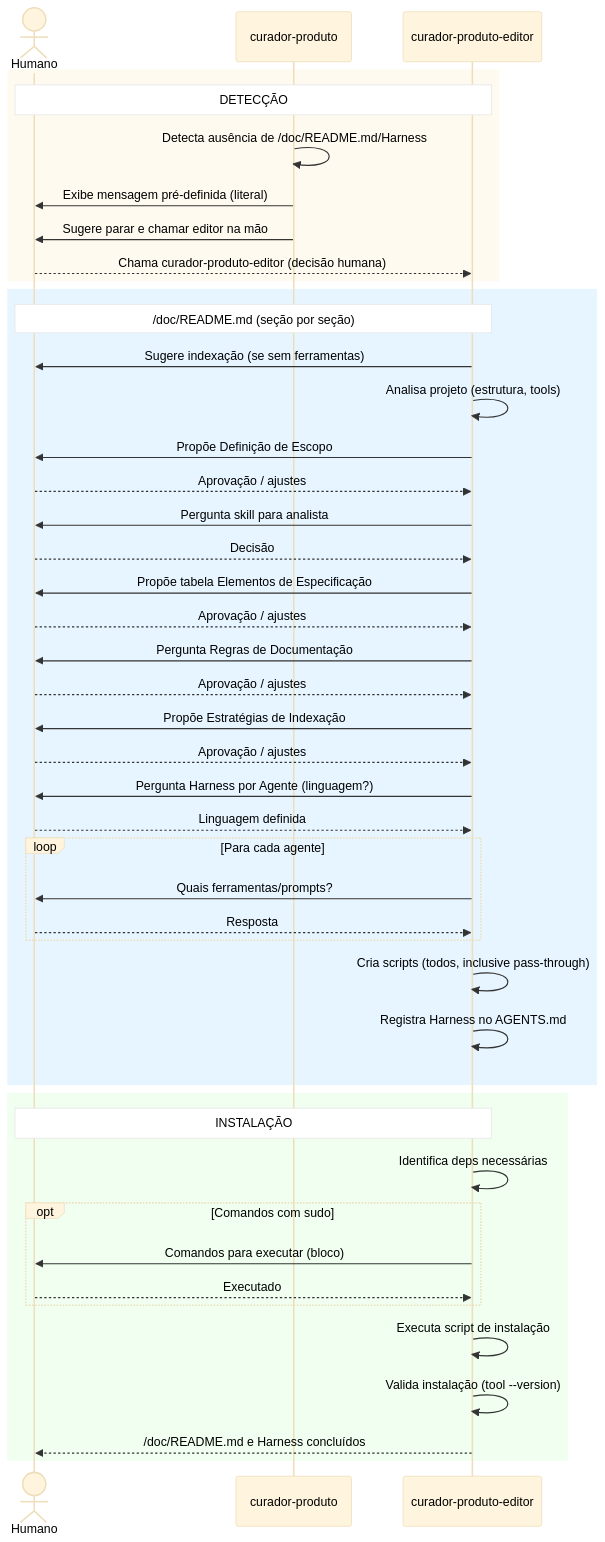
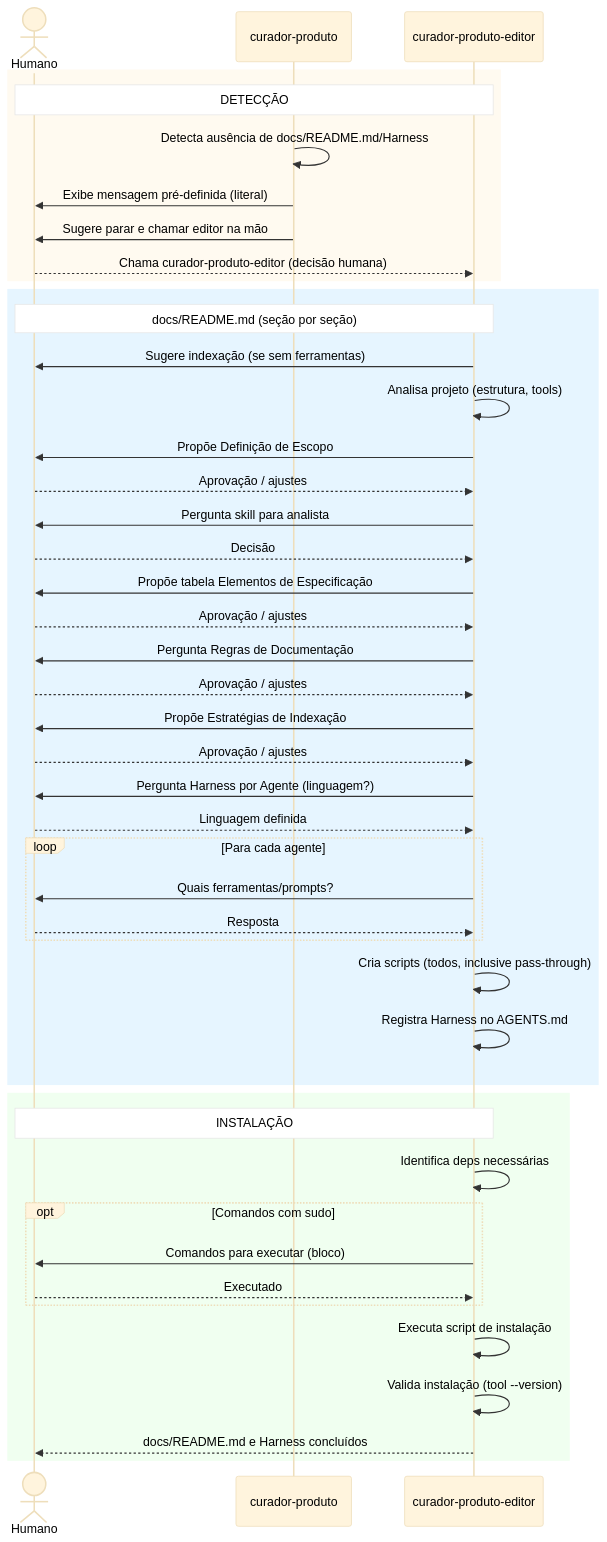
One commit to vitormcruz/opencode-global-config changed the diagram in docs/workflow-curadoria.md. Above: the diagram before and after it, drawn with Mermaid. The commit also changed other lines of this file and 13 other files, not shown here.

````diff
--- a/docs/workflow-curadoria.md
+++ b/docs/workflow-curadoria.md
@@ -362,59 +377,59 @@
 ```mermaid
 %%{init: {'theme': 'base', 'themeVariables': {
     'actorTextColor': '#000000',
     'signalTextColor': '#000000',
     'labelTextColor': '#000000',
     'noteBkgColor': '#ffffff',
     'noteTextColor': '#000000',
     'activationBorderColor': '#666666',
     'sequenceNumberColor': '#000000'
 }}}%%
 sequenceDiagram
     actor Humano
     participant cur as curador-produto
     participant edit as curador-produto-editor
 
     rect rgb(255, 250, 240)
     Note over Humano, edit: DETECÇÃO
-    cur ->> cur: Detecta ausência de /doc/README.md/Harness
+    cur ->> cur: Detecta ausência de docs/README.md/Harness
     cur ->> Humano: Exibe mensagem pré-definida (literal)
     cur ->> Humano: Sugere parar e chamar editor na mão
     Humano -->> edit: Chama curador-produto-editor (decisão humana)
     end
 
     rect rgb(230, 245, 255)
-    Note over Humano, edit: /doc/README.md (seção por seção)
+    Note over Humano, edit: docs/README.md (seção por seção)
     edit ->> Humano: Sugere indexação (se sem ferramentas)
     edit ->> edit: Analisa projeto (estrutura, tools)
     edit ->> Humano: Propõe Definição de Escopo
     Humano -->> edit: Aprovação / ajustes
     edit ->> Humano: Pergunta skill para analista
     Humano -->> edit: Decisão
     edit ->> Humano: Propõe tabela Elementos de Especificação
     Humano -->> edit: Aprovação / ajustes
     edit ->> Humano: Pergunta Regras de Documentação
     Humano -->> edit: Aprovação / ajustes
     edit ->> Humano: Propõe Estratégias de Indexação
     Humano -->> edit: Aprovação / ajustes
     edit ->> Humano: Pergunta Harness por Agente (linguagem?)
     Humano -->> edit: Linguagem definida
     loop Para cada agente
         edit ->> Humano: Quais ferramentas/prompts?
         Humano -->> edit: Resposta
     end
     edit ->> edit: Cria scripts (todos, inclusive pass-through)
     edit ->> edit: Registra Harness no AGENTS.md
     end
 
     rect rgb(240, 255, 240)
     Note over Humano, edit: INSTALAÇÃO
     edit ->> edit: Identifica deps necessárias
     opt Comandos com sudo
         edit ->> Humano: Comandos para executar (bloco)
         Humano -->> edit: Executado
     end
     edit ->> edit: Executa script de instalação
     edit ->> edit: Valida instalação (tool --version)
-    edit -->> Humano: /doc/README.md e Harness concluídos
+    edit -->> Humano: docs/README.md e Harness concluídos
     end
 ```
````
